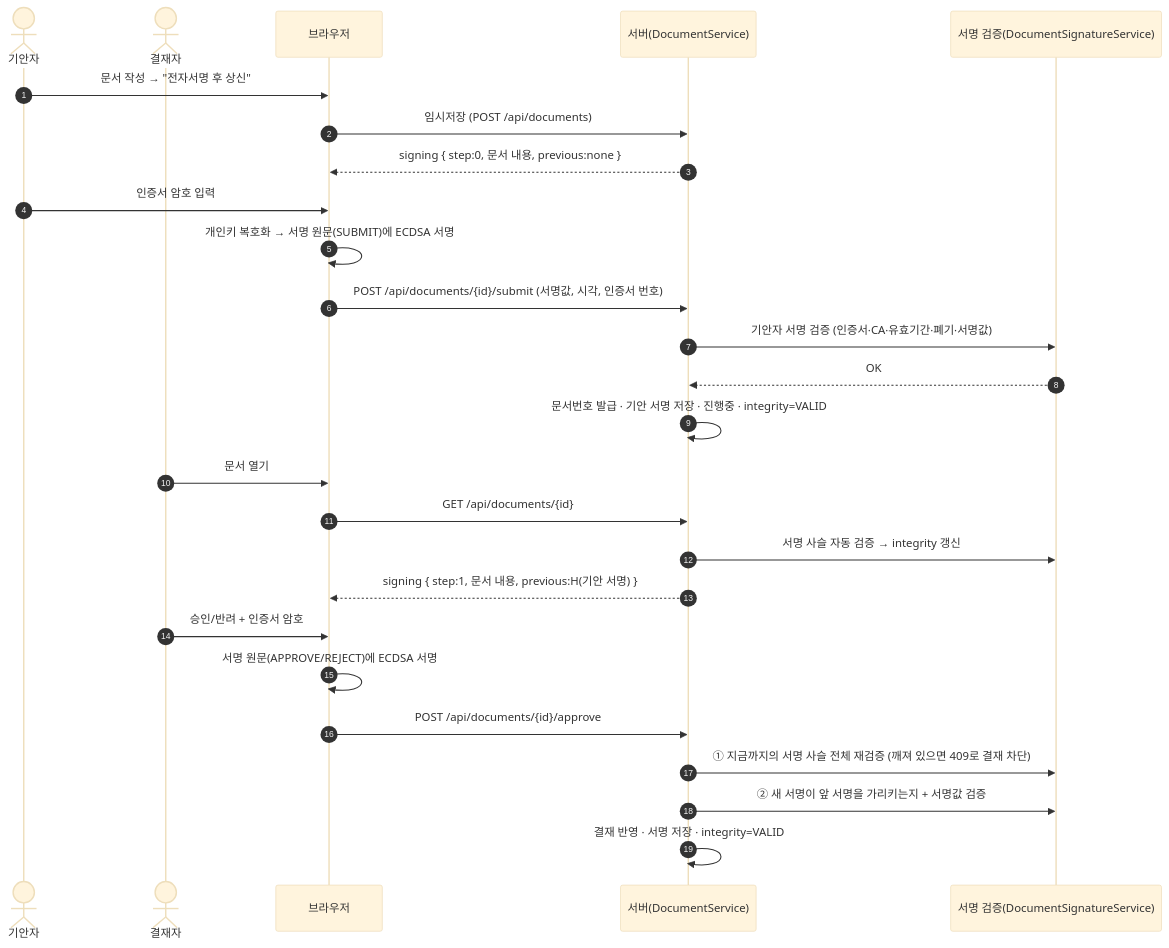
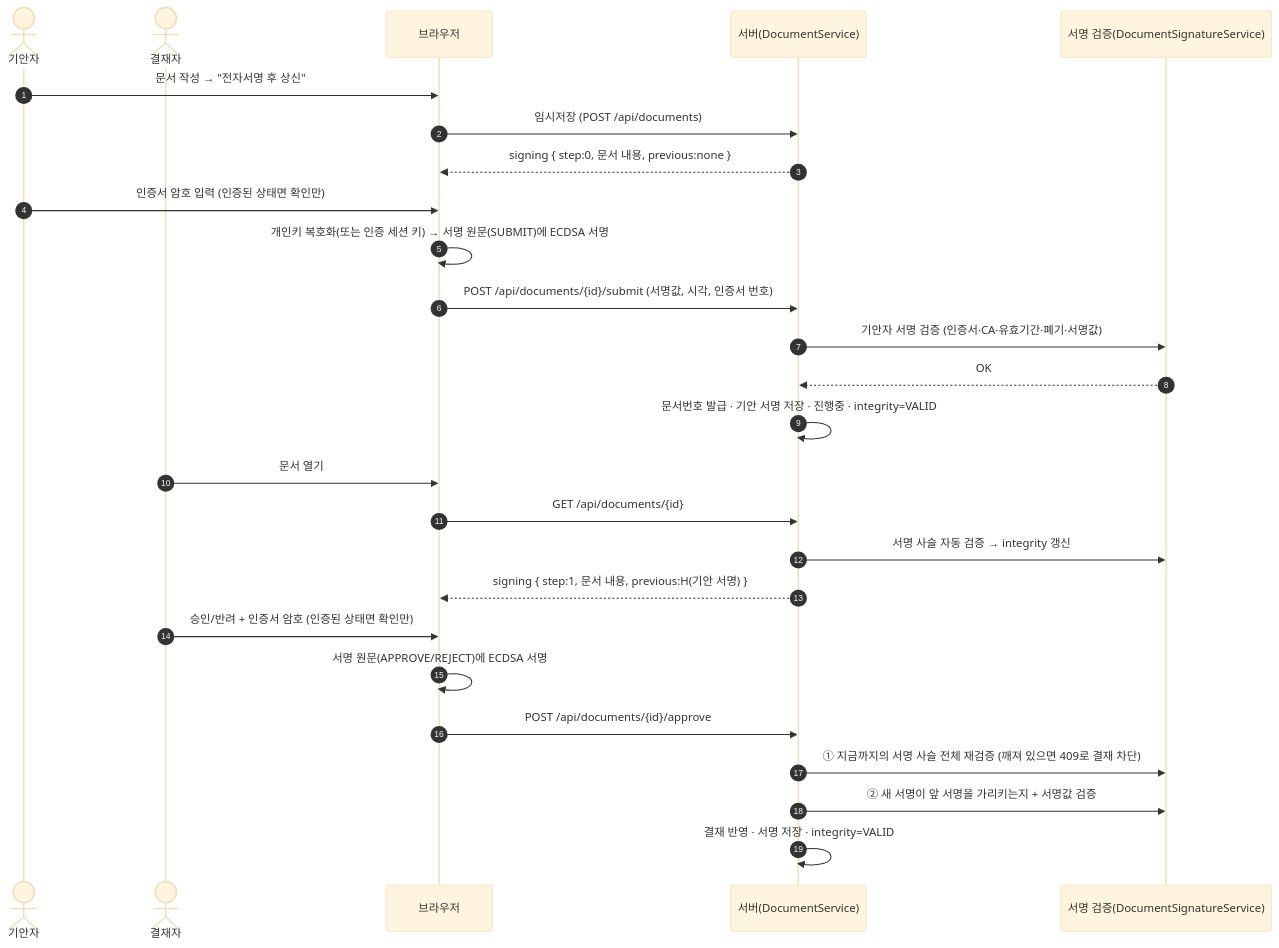
The fifth of 5 diagrams in docs/e-signature-design.md (bora120/approval-system), drawn with Mermaid (base theme) before and after one commit. The commit also changed other lines of this file and 34 other files, not shown here.

````diff
--- a/docs/e-signature-design.md
+++ b/docs/e-signature-design.md
@@ -212,30 +260,30 @@
 ```mermaid
 sequenceDiagram
   autonumber
   actor W as 기안자
   actor A as 결재자
   participant B as 브라우저
   participant S as 서버(DocumentService)
   participant V as 서명 검증(DocumentSignatureService)
 
   W->>B: 문서 작성 → "전자서명 후 상신"
   B->>S: 임시저장 (POST /api/documents)
   S-->>B: signing { step:0, 문서 내용, previous:none }
-  W->>B: 인증서 암호 입력
-  B->>B: 개인키 복호화 → 서명 원문(SUBMIT)에 ECDSA 서명
+  W->>B: 인증서 암호 입력 (인증된 상태면 확인만)
+  B->>B: 개인키 복호화(또는 인증 세션 키) → 서명 원문(SUBMIT)에 ECDSA 서명
   B->>S: POST /api/documents/{id}/submit (서명값, 시각, 인증서 번호)
   S->>V: 기안자 서명 검증 (인증서·CA·유효기간·폐기·서명값)
   V-->>S: OK
   S->>S: 문서번호 발급 · 기안 서명 저장 · 진행중 · integrity=VALID
 
   A->>B: 문서 열기
   B->>S: GET /api/documents/{id}
   S->>V: 서명 사슬 자동 검증 → integrity 갱신
   S-->>B: signing { step:1, 문서 내용, previous:H(기안 서명) }
-  A->>B: 승인/반려 + 인증서 암호
+  A->>B: 승인/반려 + 인증서 암호 (인증된 상태면 확인만)
   B->>B: 서명 원문(APPROVE/REJECT)에 ECDSA 서명
   B->>S: POST /api/documents/{id}/approve
   S->>V: ① 지금까지의 서명 사슬 전체 재검증 (깨져 있으면 409로 결재 차단)
   S->>V: ② 새 서명이 앞 서명을 가리키는지 + 서명값 검증
   S->>S: 결재 반영 · 서명 저장 · integrity=VALID
 ```
````
